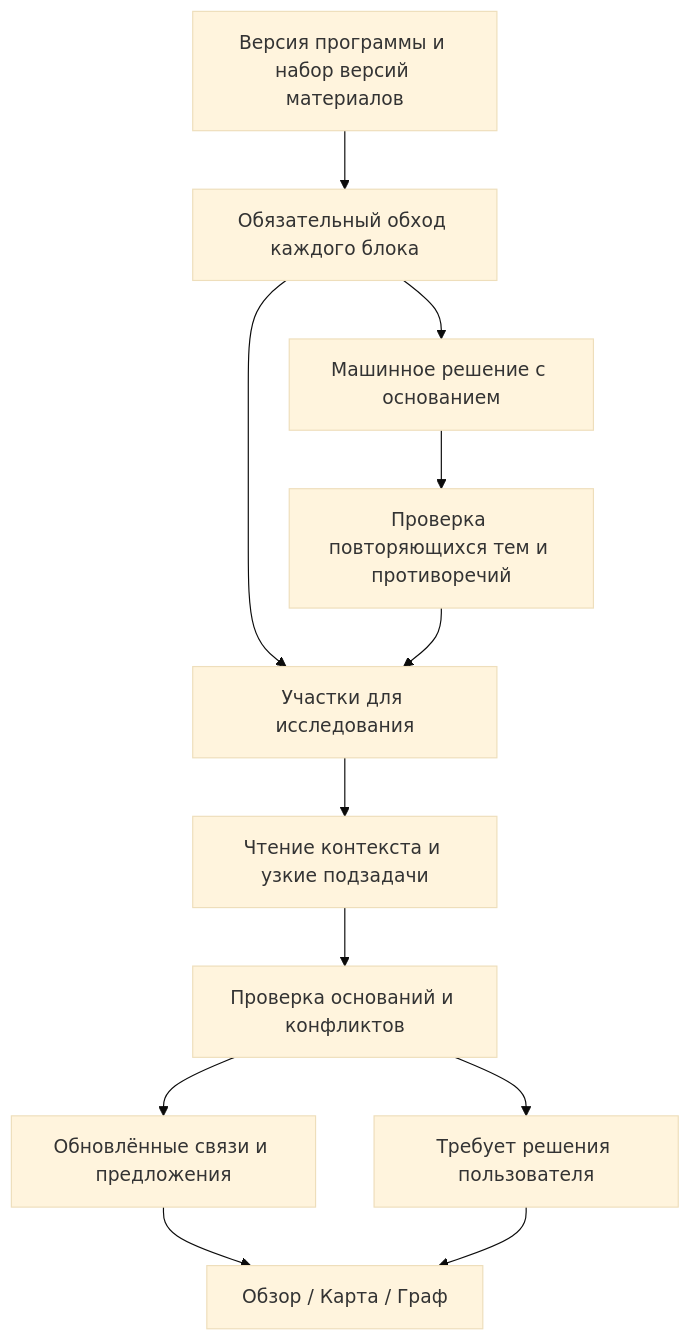
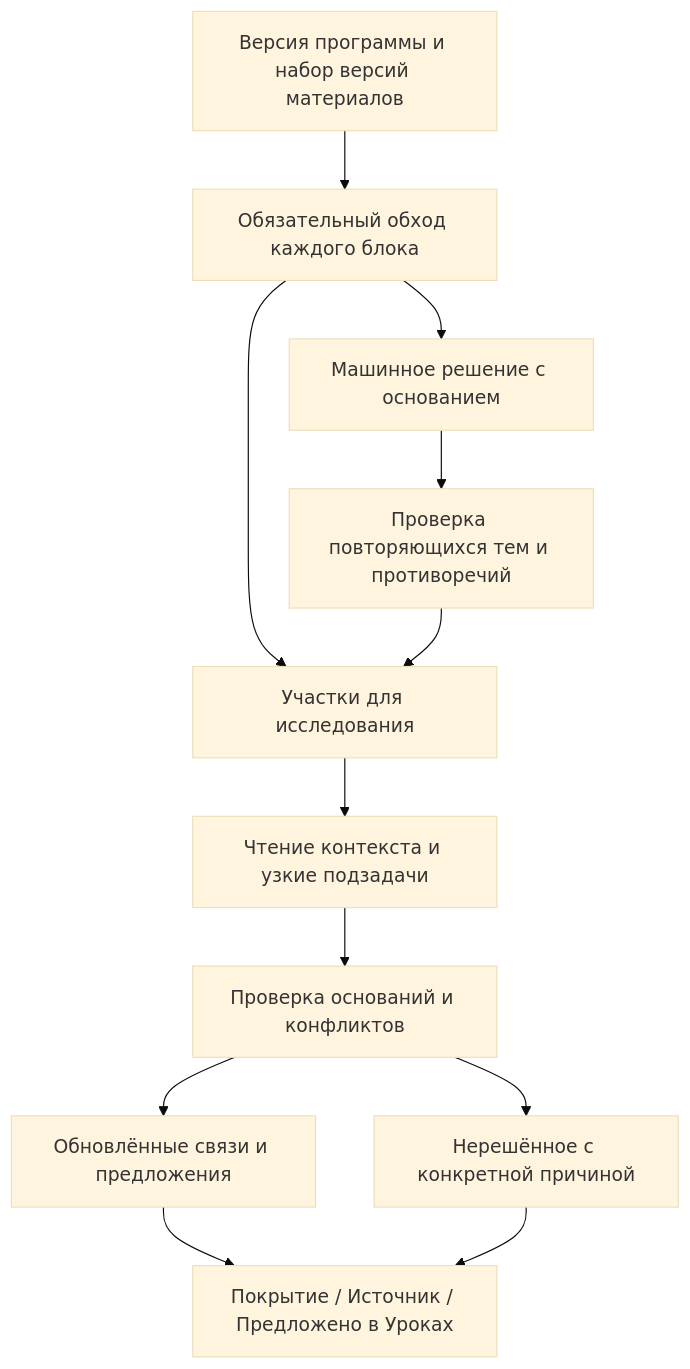
One commit to tneki22/Tentex changed the diagram in COVERAGE_PLANNING/02-research-layer.md. Above: the diagram before and after it, drawn with Mermaid (base theme). The commit also changed other lines of this file and 8 other files, not shown here.

````diff
--- a/COVERAGE_PLANNING/02-research-layer.md
+++ b/COVERAGE_PLANNING/02-research-layer.md
@@ -75,14 +75,14 @@
 ```mermaid
 flowchart TD
     A[Версия программы и набор версий материалов] --> B[Обязательный обход каждого блока]
     B --> C[Машинное решение с основанием]
     B --> D[Участки для исследования]
     C --> E[Проверка повторяющихся тем и противоречий]
     E --> D
     D --> F[Чтение контекста и узкие подзадачи]
     F --> G[Проверка оснований и конфликтов]
     G --> H[Обновлённые связи и предложения]
-    G --> I[Требует решения пользователя]
-    H --> J[Обзор / Карта / Граф]
+    G --> I[Нерешённое с конкретной причиной]
+    H --> J[Покрытие / Источник / Предложено в Уроках]
     I --> J
 ```
````
